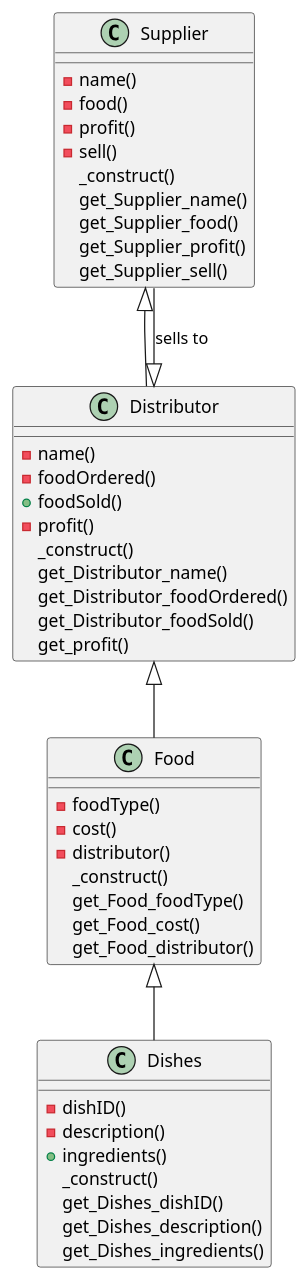
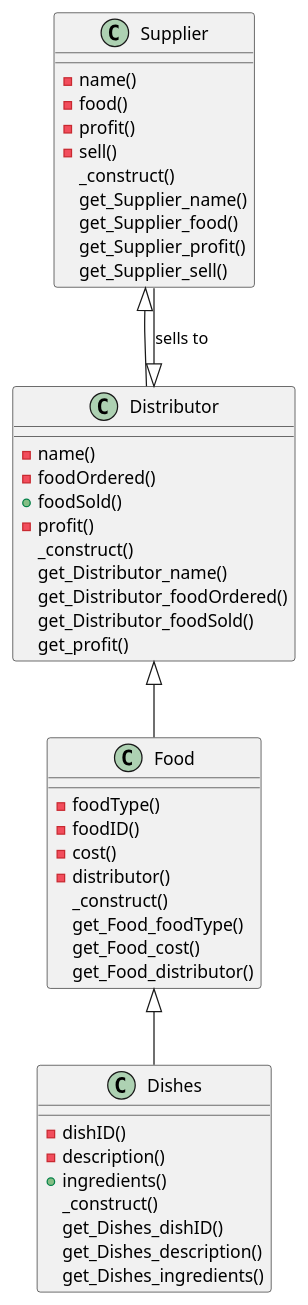
The diagram in project-1/food.puml (CHICKENGUD/block3-adv-web), drawn with PlantUML before and after one commit.

Commit message:
one more Lines

```diff
--- a/project-1/food.puml
+++ b/project-1/food.puml
@@ -1,50 +1,51 @@
 @startuml
 
 class Supplier {
   - name()
   - food() 
   - profit()
   - sell()
   _construct()
   get_Supplier_name()
   get_Supplier_food()
   get_Supplier_profit()
   get_Supplier_sell()
 }
 
 class Distributor extends Supplier {
   - name()
   - foodOrdered()
   + foodSold()
   - profit()
   _construct()
   get_Distributor_name()
   get_Distributor_foodOrdered()
   get_Distributor_foodSold()
   get_profit()
 }
 
 class Food extends Distributor {
   - foodType()
+  - foodID()
   - cost()
   - distributor()
   _construct()
   get_Food_foodType()
   get_Food_cost()
   get_Food_distributor()
 }
 
 class Dishes extends Food {
   - dishID()
   -description()
   +ingredients()
   _construct()
   get_Dishes_dishID()
   get_Dishes_description()
   get_Dishes_ingredients()
 }
 
 
 Supplier --|> Distributor : sells to
 
 @enduml
```
